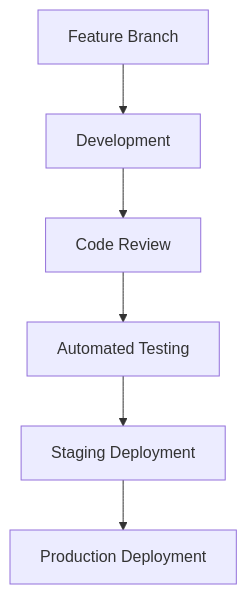
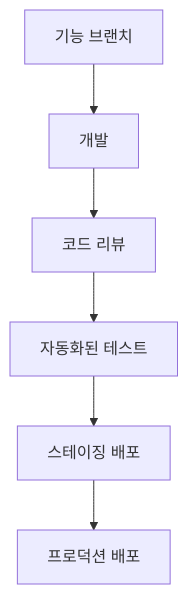
Before and after one commit to seoul-fit/seoul-fit-fe: the third of 3 diagrams in ARCHITECTURE.md, drawn with Mermaid. The commit also changed other lines of this file and 7 other files, not shown here.

````diff
--- a/ARCHITECTURE.md
+++ b/ARCHITECTURE.md
@@ -483,8 +483,8 @@
 ```mermaid
 graph TD
-    A[Feature Branch] --> B[Development]
-    B --> C[Code Review]
-    C --> D[Automated Testing]
-    D --> E[Staging Deployment]
-    E --> F[Production Deployment]
+    A[기능 브랜치] --> B[개발]
+    B --> C[코드 리뷰]
+    C --> D[자동화된 테스트]
+    D --> E[스테이징 배포]
+    E --> F[프로덕션 배포]
 ```
````
